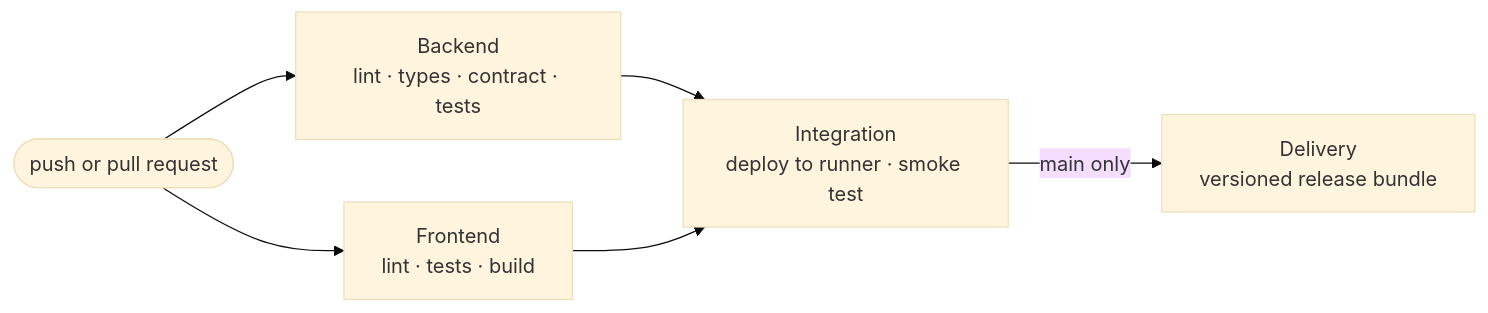
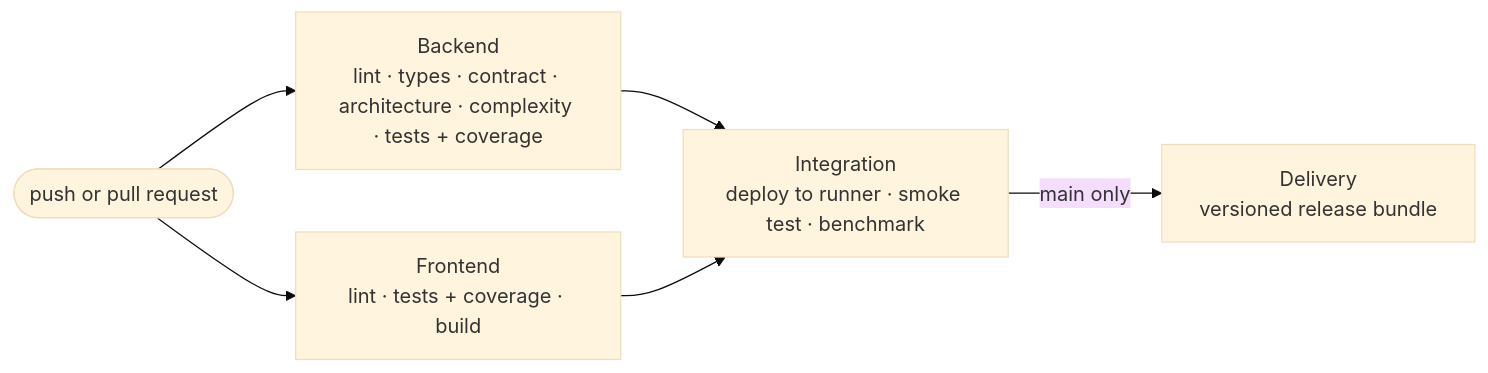
The diagram in docs/CI_CD.md (ryang18237/CMSC-495), drawn with Mermaid (base theme) before and after one commit. The commit also changed other lines of this file and 17 other files, not shown here.

````diff
--- a/docs/CI_CD.md
+++ b/docs/CI_CD.md
@@ -8,8 +8,8 @@
 ```mermaid
 flowchart LR
-    push([push or pull request]) --> backend[Backend<br/>lint · types · contract · tests]
-    push --> frontend[Frontend<br/>lint · tests · build]
-    backend --> integration[Integration<br/>deploy to runner · smoke test]
+    push([push or pull request]) --> backend[Backend<br/>lint · types · contract · architecture · complexity · tests + coverage]
+    push --> frontend[Frontend<br/>lint · tests + coverage · build]
+    backend --> integration[Integration<br/>deploy to runner · smoke test · benchmark]
     frontend --> integration
     integration -->|main only| delivery[Delivery<br/>versioned release bundle]
 ```
````
